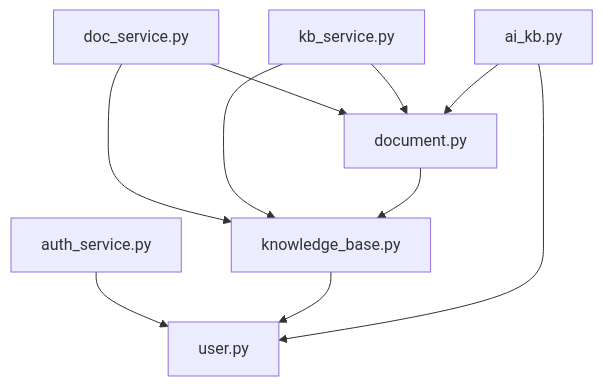
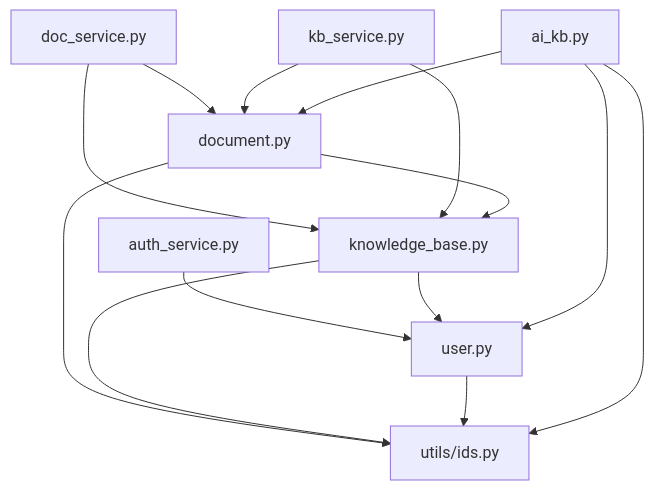
The seventh of 7 diagrams in .qoder/repowiki/zh/content/架构设计/数据持久化架构/模型设计原则.md (beyondalbert/my_wiki), drawn with Mermaid before and after one commit. The commit also changed other lines of this file and 21 other files, not shown here.

````diff
--- a/.qoder/repowiki/zh/content/架构设计/数据持久化架构/模型设计原则.md
+++ b/.qoder/repowiki/zh/content/架构设计/数据持久化架构/模型设计原则.md
@@ -394,19 +411,24 @@
 ```mermaid
 graph TB
 S1["doc_service.py"]
 S2["kb_service.py"]
 S3["auth_service.py"]
 M1["document.py"]
 M2["knowledge_base.py"]
 M3["user.py"]
 M4["ai_kb.py"]
+U["utils/ids.py"]
 S1 --> M1
 S1 --> M2
 S2 --> M2
 S2 --> M1
 S3 --> M3
 M1 --> M2
 M2 --> M3
 M4 --> M3
 M4 --> M1
+M1 --> U
+M2 --> U
+M3 --> U
+M4 --> U
 ```
````
